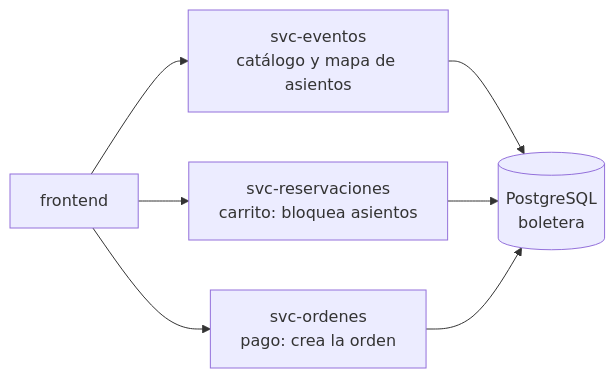
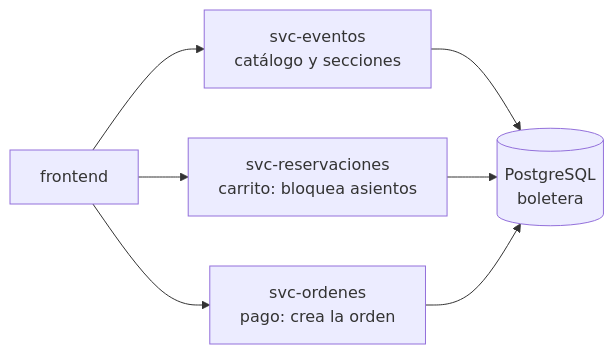
Before and after one commit to obeedt/equipoEmpiroso-gitops: the diagram in docs/04-postgresql.md, drawn with Mermaid. The commit also changed other lines of this file, not shown here.

````diff
--- a/docs/04-postgresql.md
+++ b/docs/04-postgresql.md
@@ -179,9 +179,9 @@
 ```mermaid
 flowchart LR
-  F["frontend"] --> E["svc-eventos<br/>catálogo y mapa de asientos"]
+  F["frontend"] --> E["svc-eventos<br/>catálogo y secciones"]
   F --> R["svc-reservaciones<br/>carrito: bloquea asientos"]
   F --> O["svc-ordenes<br/>pago: crea la orden"]
   E --> DB[("PostgreSQL<br/>boletera")]
   R --> DB
   O --> DB
 ```
````
